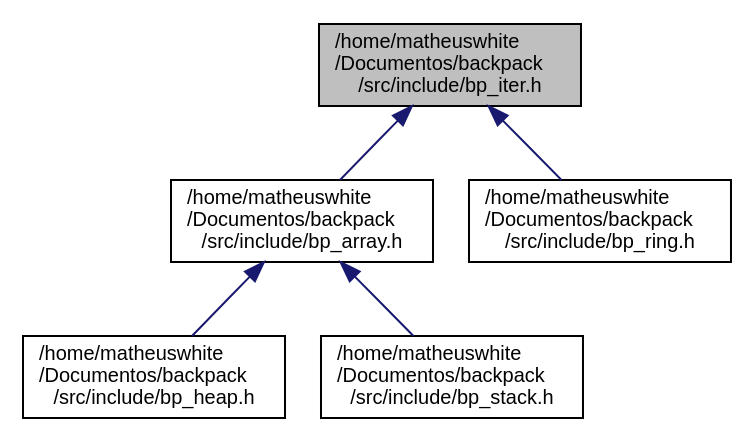
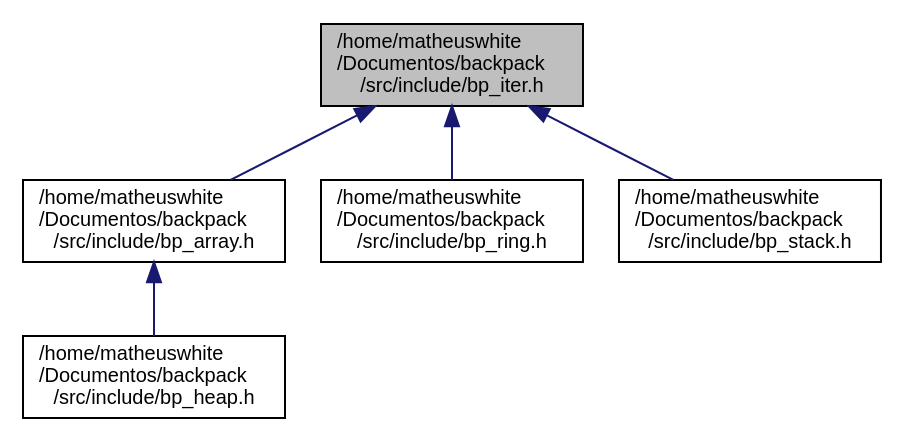
Before and after one commit to matheuswhite/backpack: the diagram in docs/bp__iter_8h__dep__incl.dot, drawn with Graphviz. The commit also changed 46 other files, not shown here.

```diff
--- a/docs/bp__iter_8h__dep__incl.dot
+++ b/docs/bp__iter_8h__dep__incl.dot
@@ -1,15 +1,15 @@
 digraph "/home/matheuswhite/Documentos/backpack/src/include/bp_iter.h"
 {
  // LATEX_PDF_SIZE
   edge [fontname="Helvetica",fontsize="10",labelfontname="Helvetica",labelfontsize="10"];
   node [fontname="Helvetica",fontsize="10",shape=record];
   Node1 [label="/home/matheuswhite\l/Documentos/backpack\l/src/include/bp_iter.h",height=0.2,width=0.4,color="black", fillcolor="grey75", style="filled", fontcolor="black",tooltip="Specifies the generic iterator structure. The iterator is a interface with 3 method...."];
   Node1 -> Node2 [dir="back",color="midnightblue",fontsize="10",style="solid",fontname="Helvetica"];
   Node2 [label="/home/matheuswhite\l/Documentos/backpack\l/src/include/bp_array.h",height=0.2,width=0.4,color="black", fillcolor="white", style="filled",URL="$bp__array_8h.html",tooltip="Specifies the array structure. This structure works as a buffer, where the develop could insert the e..."];
   Node2 -> Node3 [dir="back",color="midnightblue",fontsize="10",style="solid",fontname="Helvetica"];
   Node3 [label="/home/matheuswhite\l/Documentos/backpack\l/src/include/bp_heap.h",height=0.2,width=0.4,color="black", fillcolor="white", style="filled",URL="$bp__heap_8h.html",tooltip="Specifies the heap structure. the heap could be a Min-Heap or a Max-Heap."];
-  Node2 -> Node4 [dir="back",color="midnightblue",fontsize="10",style="solid",fontname="Helvetica"];
-  Node4 [label="/home/matheuswhite\l/Documentos/backpack\l/src/include/bp_stack.h",height=0.2,width=0.4,color="black", fillcolor="white", style="filled",URL="$bp__stack_8h.html",tooltip="Specifies the stack structure. This structure is a bp_array complement. To allow the bp_array works a..."];
+  Node1 -> Node4 [dir="back",color="midnightblue",fontsize="10",style="solid",fontname="Helvetica"];
+  Node4 [label="/home/matheuswhite\l/Documentos/backpack\l/src/include/bp_ring.h",height=0.2,width=0.4,color="black", fillcolor="white", style="filled",URL="$bp__ring_8h.html",tooltip="Specifies the ring structure. This structure works as a circular buffer. When the buffer is in its ma..."];
   Node1 -> Node5 [dir="back",color="midnightblue",fontsize="10",style="solid",fontname="Helvetica"];
-  Node5 [label="/home/matheuswhite\l/Documentos/backpack\l/src/include/bp_ring.h",height=0.2,width=0.4,color="black", fillcolor="white", style="filled",URL="$bp__ring_8h.html",tooltip="Specifies the ring structure. This structure works as a circular buffer. When the buffer is in its ma..."];
+  Node5 [label="/home/matheuswhite\l/Documentos/backpack\l/src/include/bp_stack.h",height=0.2,width=0.4,color="black", fillcolor="white", style="filled",URL="$bp__stack_8h.html",tooltip="Specifies the stack structure. The following module follow the LIFO (Last-In-First-Out) order."];
 }
```
